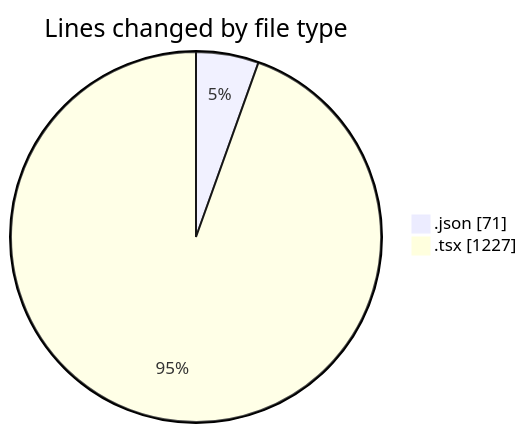
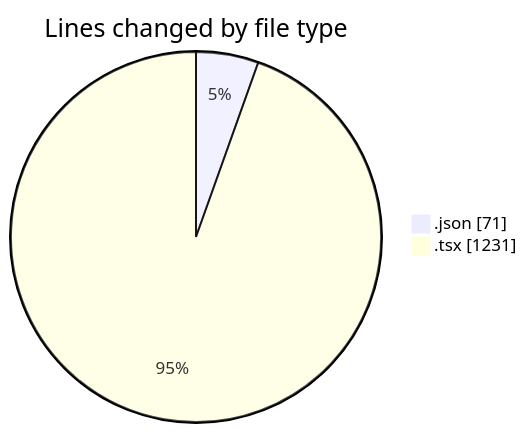
One commit to momahboobian/code-tracking changed the first of 2 diagrams in 2026-01-29/cda/README.md. Above: the diagram before and after it, drawn with Mermaid. The commit also changed other lines of this file and 1 other file, not shown here.

````diff
--- a/2026-01-29/cda/README.md
+++ b/2026-01-29/cda/README.md
@@ -21,6 +21,6 @@
 ```mermaid
 pie showData
 title Lines changed by file type
 ".json" : 71
-".tsx" : 1227
+".tsx" : 1231
 ```
````
